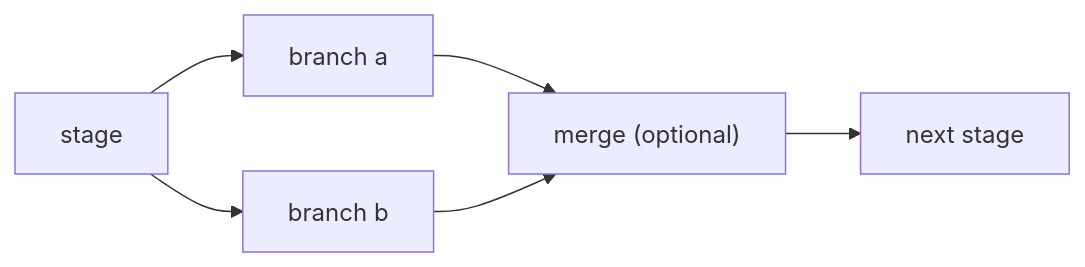
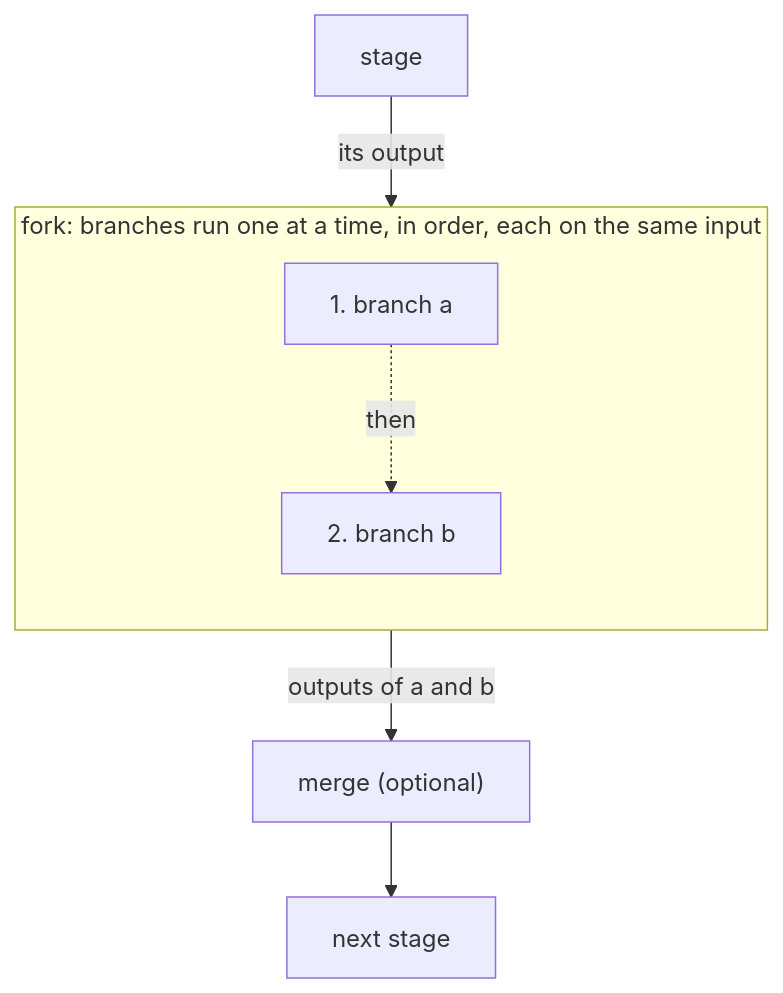
The second of 3 diagrams in website/docs/architecture.md (Qualcomm-MDP/Photorealistic-Street-Maps), drawn with Mermaid before and after one commit. The commit also changed other lines of this file, not shown here.

Commit message:
UPDATE: Rephrase the term 'parallel' when it comes to fork stages

````diff
--- a/website/docs/architecture.md
+++ b/website/docs/architecture.md
@@ -76,8 +76,10 @@
 ```mermaid
-flowchart LR
-    A["stage"] --> B1["branch a"]
-    A --> B2["branch b"]
-    B1 --> M["merge (optional)"]
-    B2 --> M
+flowchart TD
+    A["stage"] -->|"its output"| F
+    subgraph F["fork: branches run one at a time, in order, each on the same input"]
+        direction TB
+        B1["1. branch a"] -.->|"then"| B2["2. branch b"]
+    end
+    F -->|"outputs of a and b"| M["merge (optional)"]
     M --> N["next stage"]
 ```
````
